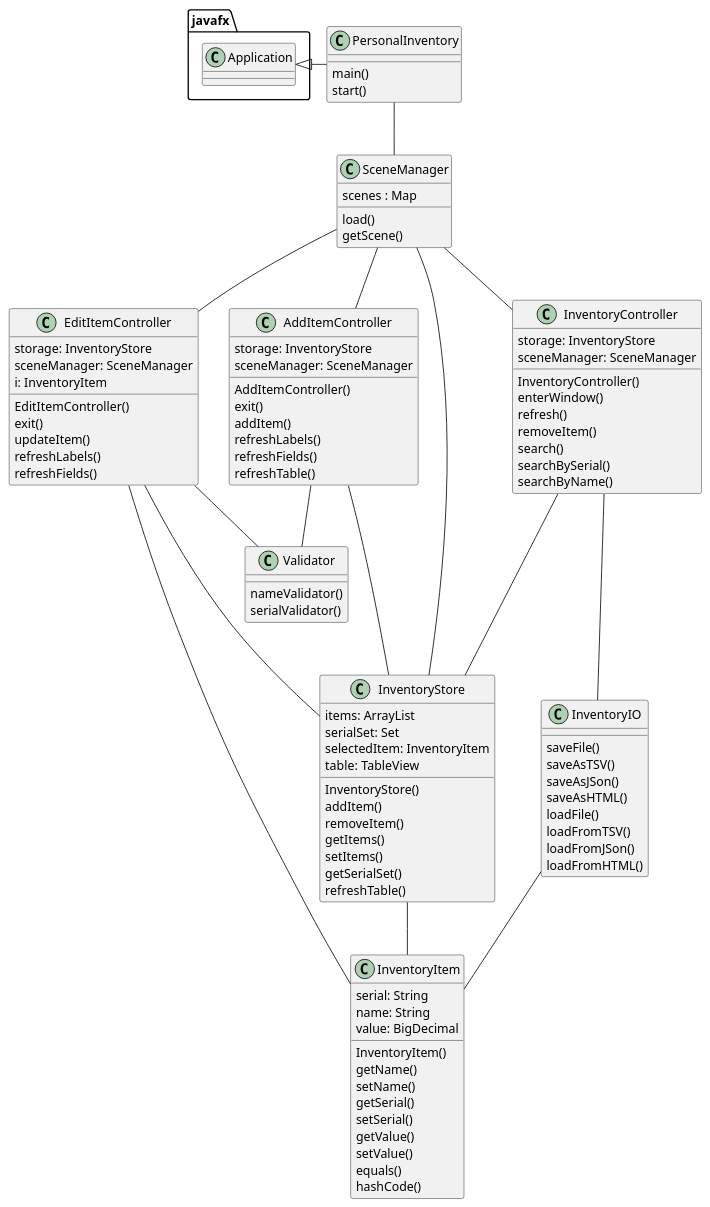
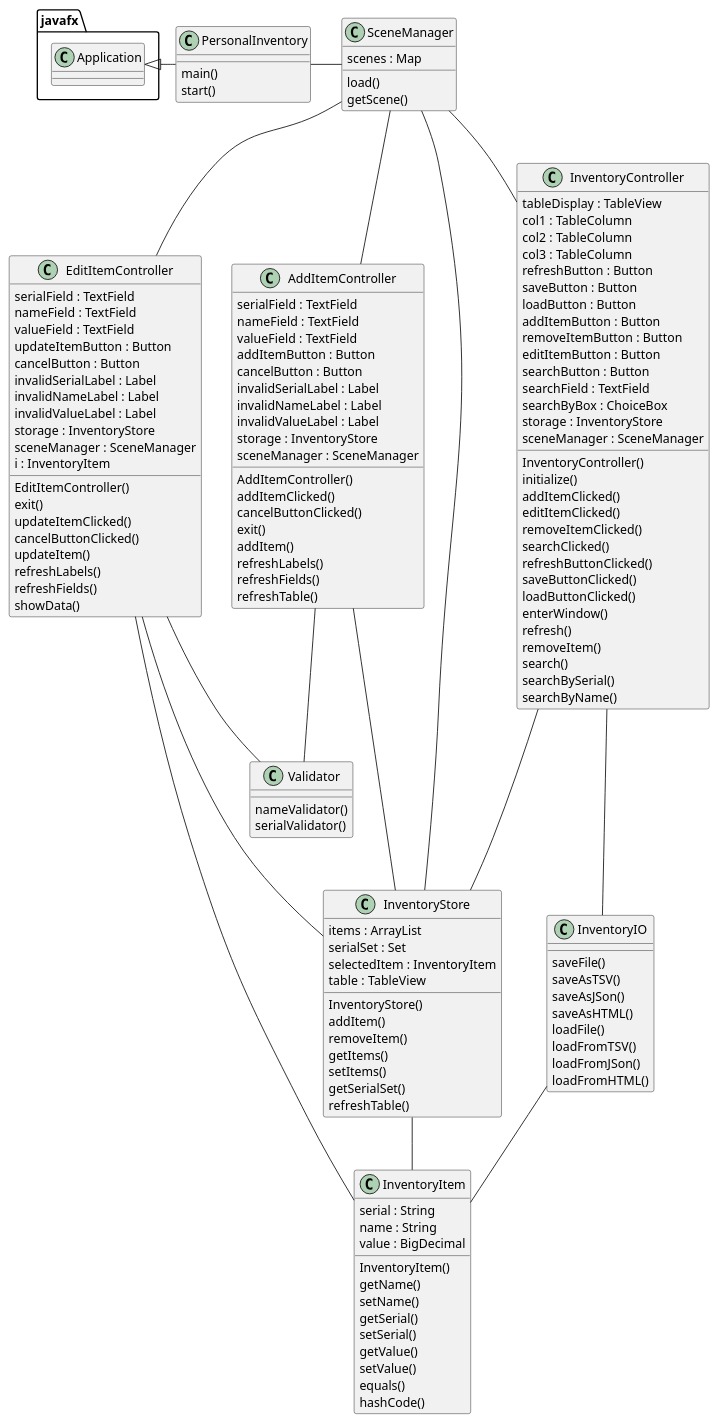
One commit to rharding8/harding-2881-a5 changed the diagram in uml/Inventory.puml. Above: the diagram before and after it, drawn with PlantUML.

Commit message:
Seventeenth Commit: Finalized UML diagram.

```diff
--- a/uml/Inventory.puml
+++ b/uml/Inventory.puml
@@ -1,113 +1,155 @@
 @startuml
 
 class AddItemController {
-    storage: InventoryStore
-    sceneManager: SceneManager
+    serialField : TextField
+    nameField : TextField
+    valueField : TextField
+    addItemButton : Button
+    cancelButton : Button
+    invalidSerialLabel : Label
+    invalidNameLabel : Label
+    invalidValueLabel : Label
+    storage : InventoryStore
+    sceneManager : SceneManager
     AddItemController()
+    addItemClicked()
+    cancelButtonClicked()
     exit()
     addItem()
     refreshLabels()
     refreshFields()
     refreshTable()
 }
 
 class EditItemController {
-    storage: InventoryStore
-    sceneManager: SceneManager
-    i: InventoryItem
+    serialField : TextField
+    nameField : TextField
+    valueField : TextField
+    updateItemButton : Button
+    cancelButton : Button
+    invalidSerialLabel : Label
+    invalidNameLabel : Label
+    invalidValueLabel : Label
+    storage : InventoryStore
+    sceneManager : SceneManager
+    i : InventoryItem
     EditItemController()
     exit()
+    updateItemClicked()
+    cancelButtonClicked()
     updateItem()
     refreshLabels()
     refreshFields()
+    showData()
 }
 
 class InventoryController {
-    storage: InventoryStore
-    sceneManager: SceneManager
+    tableDisplay : TableView
+    col1 : TableColumn
+    col2 : TableColumn
+    col3 : TableColumn
+    refreshButton : Button
+    saveButton : Button
+    loadButton : Button
+    addItemButton : Button
+    removeItemButton : Button
+    editItemButton : Button
+    searchButton : Button
+    searchField : TextField
+    searchByBox : ChoiceBox
+    storage : InventoryStore
+    sceneManager : SceneManager
     InventoryController()
+    initialize()
+    addItemClicked()
+    editItemClicked()
+    removeItemClicked()
+    searchClicked()
+    refreshButtonClicked()
+    saveButtonClicked()
+    loadButtonClicked()
     enterWindow()
     refresh()
     removeItem()
     search()
     searchBySerial()
     searchByName()
 }
 
 
 class InventoryIO {
     saveFile()
     saveAsTSV()
     saveAsJSon()
     saveAsHTML()
     loadFile()
     loadFromTSV()
     loadFromJSon()
     loadFromHTML()
 }
 
 class InventoryItem {
-    serial: String
-    name: String
-    value: BigDecimal
+    serial : String
+    name : String
+    value : BigDecimal
     InventoryItem()
     getName()
     setName()
     getSerial()
     setSerial()
     getValue()
     setValue()
     equals()
     hashCode()
 }
 
 class InventoryStore{
-    items: ArrayList
-    serialSet: Set
-    selectedItem: InventoryItem
-    table: TableView
+    items : ArrayList
+    serialSet : Set
+    selectedItem : InventoryItem
+    table : TableView
     InventoryStore()
     addItem()
     removeItem()
     getItems()
     setItems()
     getSerialSet()
     refreshTable()
 }
 
 class PersonalInventory {
     main()
     start()
 }
 
 class SceneManager {
     scenes : Map
     load()
     getScene()
 }
 
 class Validator {
     nameValidator()
     serialValidator()
 }
 
 
 
 javafx.Application <|- PersonalInventory
-PersonalInventory -- SceneManager
+PersonalInventory - SceneManager
 SceneManager - InventoryStore
 SceneManager -- InventoryController
 SceneManager -- AddItemController
 SceneManager -- EditItemController
 InventoryStore -- InventoryItem
 InventoryController --- InventoryStore
 InventoryController --- InventoryIO
 AddItemController --- InventoryStore
 AddItemController -- Validator
 EditItemController --- InventoryStore
 EditItemController - InventoryItem
 EditItemController -- Validator
 InventoryIO -- InventoryItem
 
 
 @enduml
```
